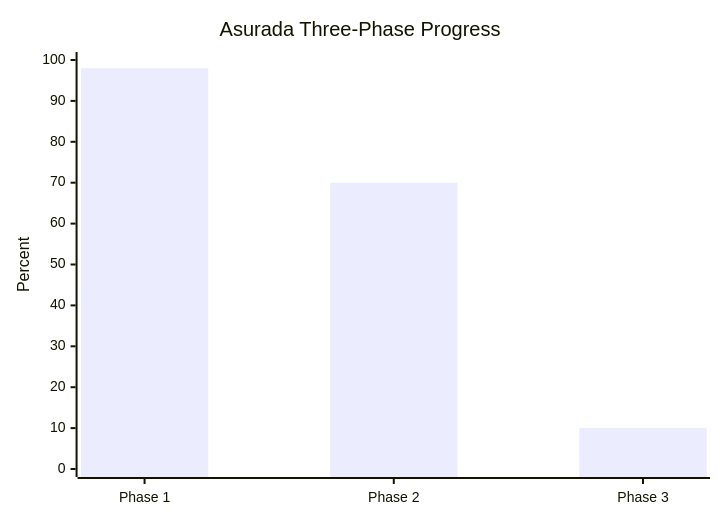
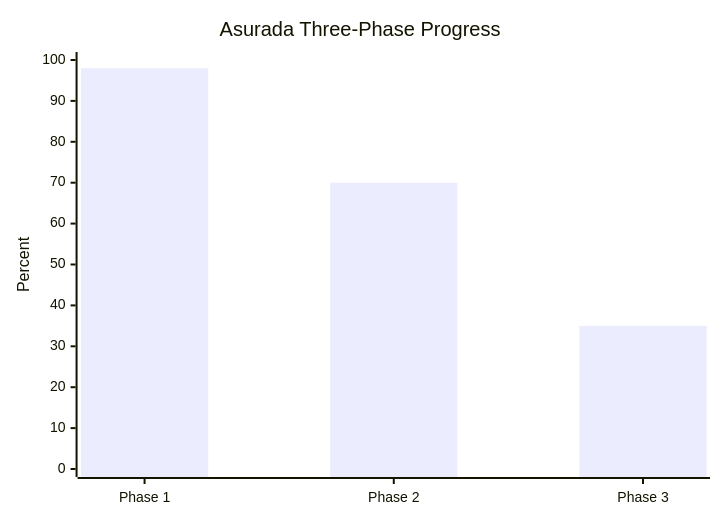
Before and after one commit to Sn55555/Asurada: the first of 2 diagrams in PROJECT_PROGRESS.md, drawn with Mermaid. The commit also changed other lines of this file and 5 other files, not shown here.

Commit message:
Refresh stage-three progress and architecture docs

````diff
--- a/PROJECT_PROGRESS.md
+++ b/PROJECT_PROGRESS.md
@@ -12,7 +12,7 @@
 ```mermaid
 xychart-beta
     title "Asurada Three-Phase Progress"
     x-axis ["Phase 1", "Phase 2", "Phase 3"]
     y-axis "Percent" 0 --> 100
-    bar [98, 70, 10]
+    bar [98, 70, 35]
 ```
````
